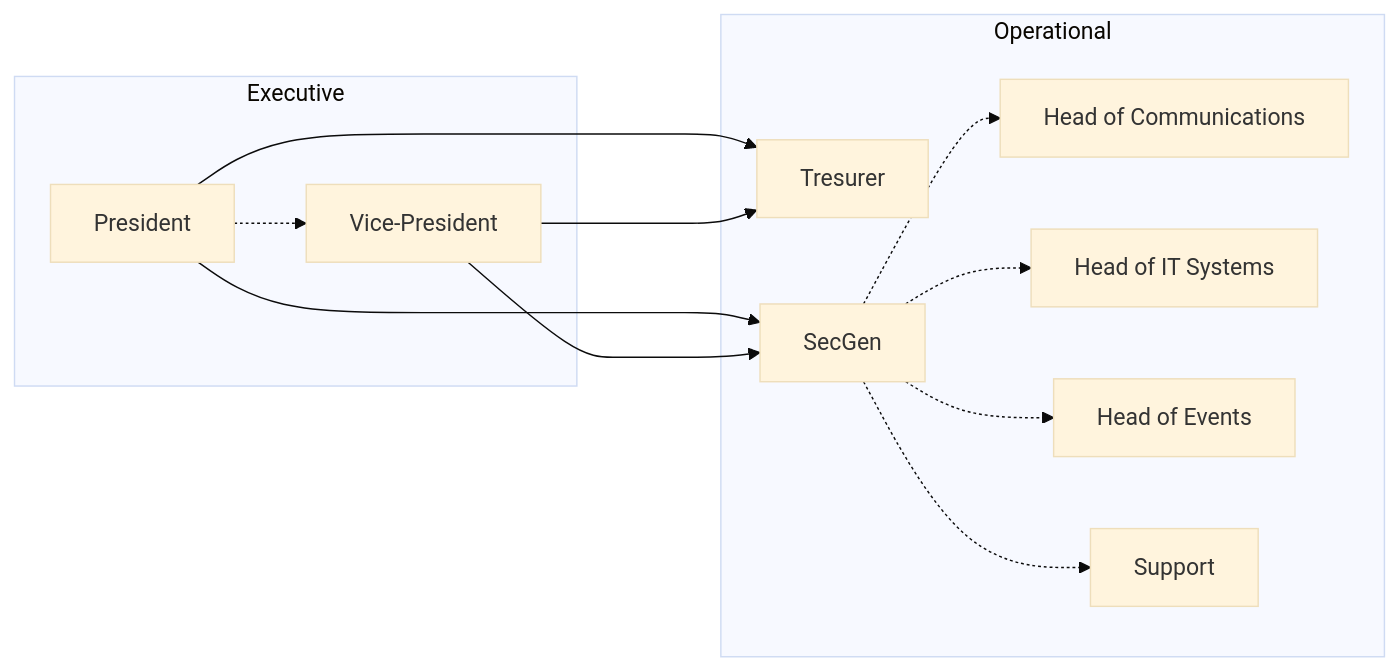
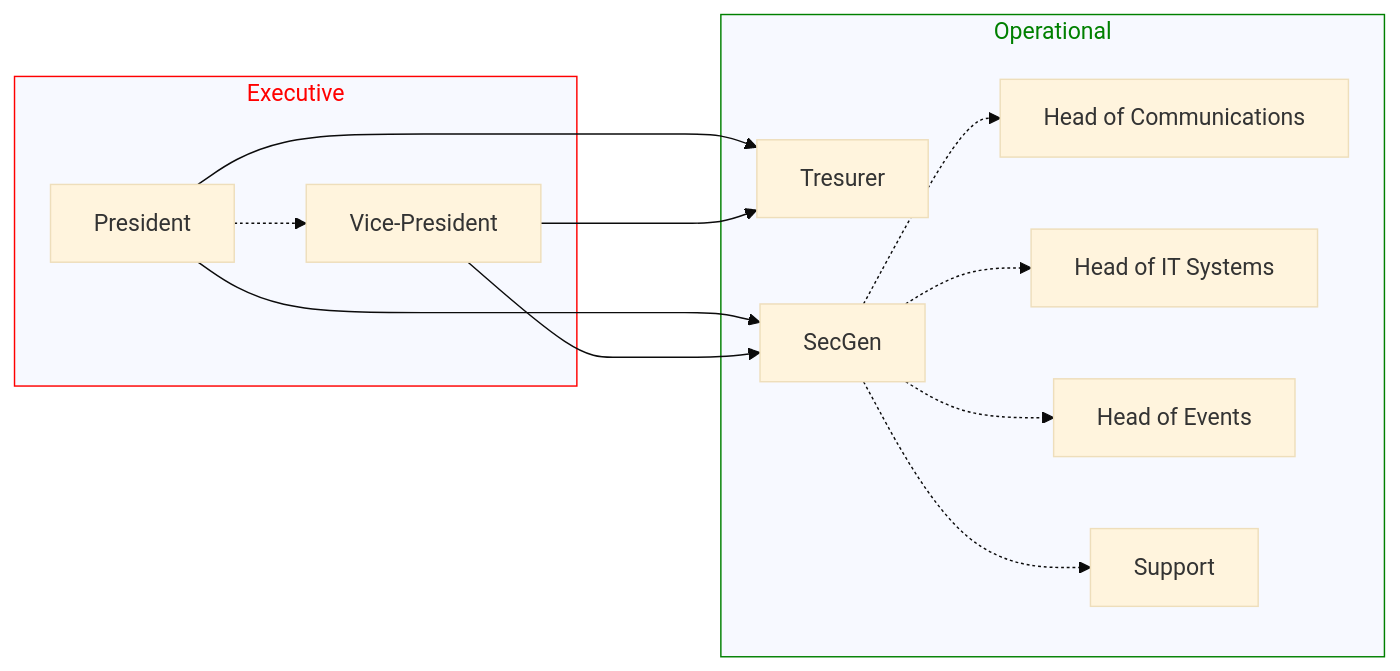
One commit to DataScIIEnce-ENSIIE/datasciience-ensiie.github.io changed the diagram in docs/admin.md. Above: the diagram before and after it, drawn with Mermaid (base theme).

Commit message:
Adding color to mermaid

````diff
--- a/docs/admin.md
+++ b/docs/admin.md
@@ -5,18 +5,20 @@
 ``` mermaid
 graph LR
     subgraph Executive
         President[President] -.-> VP[Vice-President]
     end
 
     subgraph Operational
         President ---> Tresurer
         President ---> SecGen
         VP ---> Tresurer
         VP ---> SecGen
         SecGen -.-> HeadCommunication[Head of Communications]
         SecGen -.-> HeatIT[Head of IT Systems]
         SecGen -.-> HeadEvents[Head of Events]
         SecGen -.-> Support[Support]
     end
+    style Executive color:red, stroke:red
+    style Operational color:green, stroke:green
 
 ```
````
